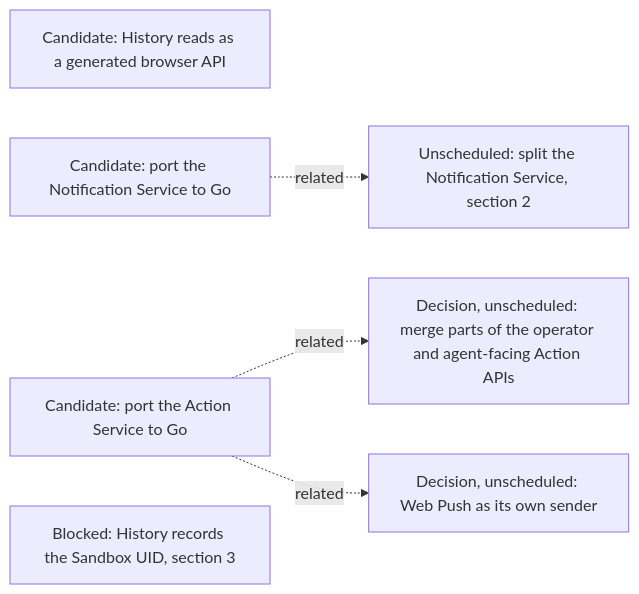
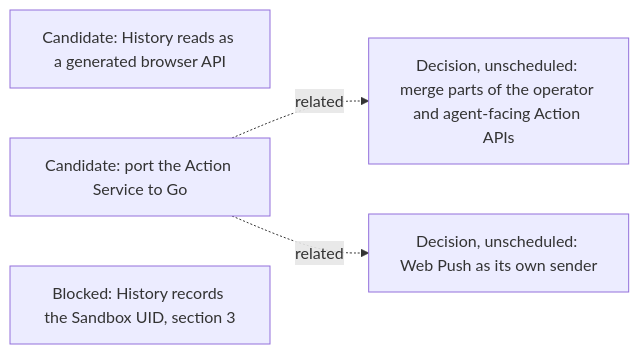
Before and after one commit to agentydragon-agent/ducktape: diagram 17 of 17 in agentplane/plans/task_dag.md, drawn with Mermaid. The commit also changed other lines of this file and 70 other files, not shown here.

First line of the commit message:
agentplane: delete the retired Python Notification Service (#11317)

````diff
--- a/agentplane/plans/task_dag.md
+++ b/agentplane/plans/task_dag.md
@@ -1905,13 +1904,10 @@
 ```mermaid
 flowchart LR
     HISTORY_READS_FACADE[Candidate: History reads as a generated browser API]
-    NOTIFICATION_SERVICE_GO_PORT[Candidate: port the Notification Service to Go]
     ACTION_SERVICE_GO_PORT[Candidate: port the Action Service to Go]
     ACTION_API_MERGE[Decision, unscheduled: merge parts of the operator and agent-facing Action APIs]
     WEB_PUSH_SERVICE[Decision, unscheduled: Web Push as its own sender]
-    NOTIFICATION_SERVICE_SPLIT[Unscheduled: split the Notification Service, section 2]
     HISTORY_SANDBOX_UID[Blocked: History records the Sandbox UID, section 3]
-    NOTIFICATION_SERVICE_GO_PORT -. related .-> NOTIFICATION_SERVICE_SPLIT
     ACTION_SERVICE_GO_PORT -. related .-> ACTION_API_MERGE
     ACTION_SERVICE_GO_PORT -. related .-> WEB_PUSH_SERVICE
 ```
````
